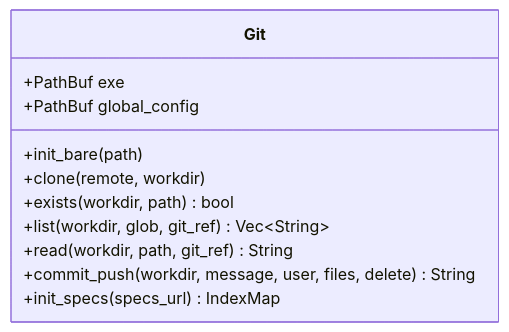
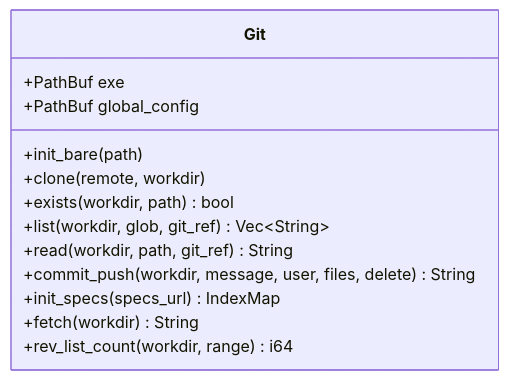
One commit to HoyoungParkme/syncdoc changed the sixth of 6 diagrams in docs/specs/06-DOM/SYNC-DOM-004.md. Above: the diagram before and after it, drawn with Mermaid. The commit also changed other lines of this file and 35 other files, not shown here.

````diff
--- a/docs/specs/06-DOM/SYNC-DOM-004.md
+++ b/docs/specs/06-DOM/SYNC-DOM-004.md
@@ -484,14 +594,16 @@
 ```mermaid
 classDiagram
     class Git {
         +PathBuf exe
         +PathBuf global_config
         +init_bare(path)
         +clone(remote, workdir)
         +exists(workdir, path) bool
         +list(workdir, glob, git_ref) Vec~String~
         +read(workdir, path, git_ref) String
         +commit_push(workdir, message, user, files, delete) String
         +init_specs(specs_url) IndexMap
+        +fetch(workdir) String
+        +rev_list_count(workdir, range) i64
     }
 ```
````
